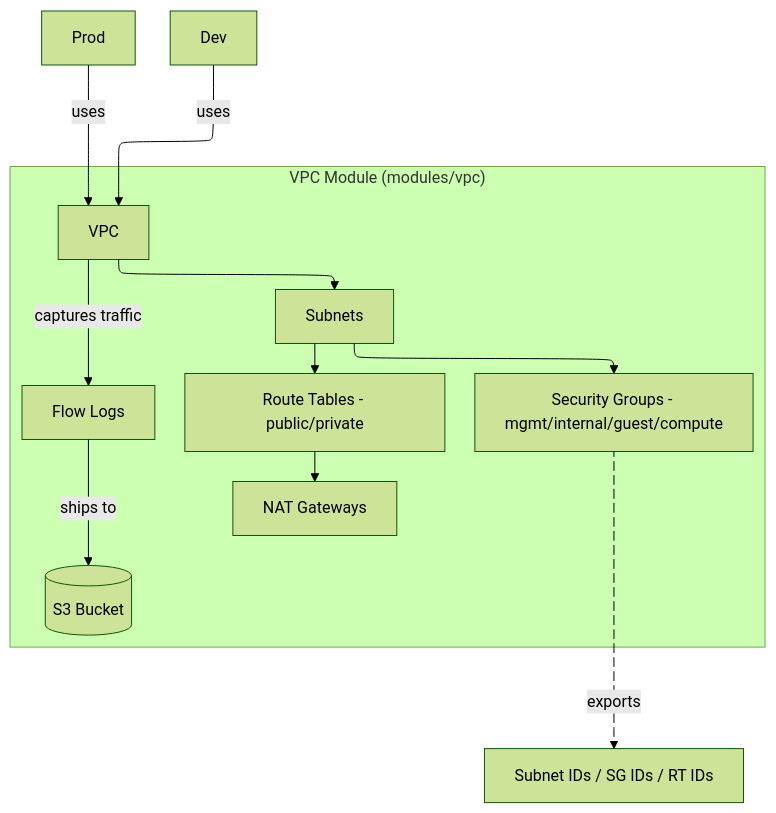
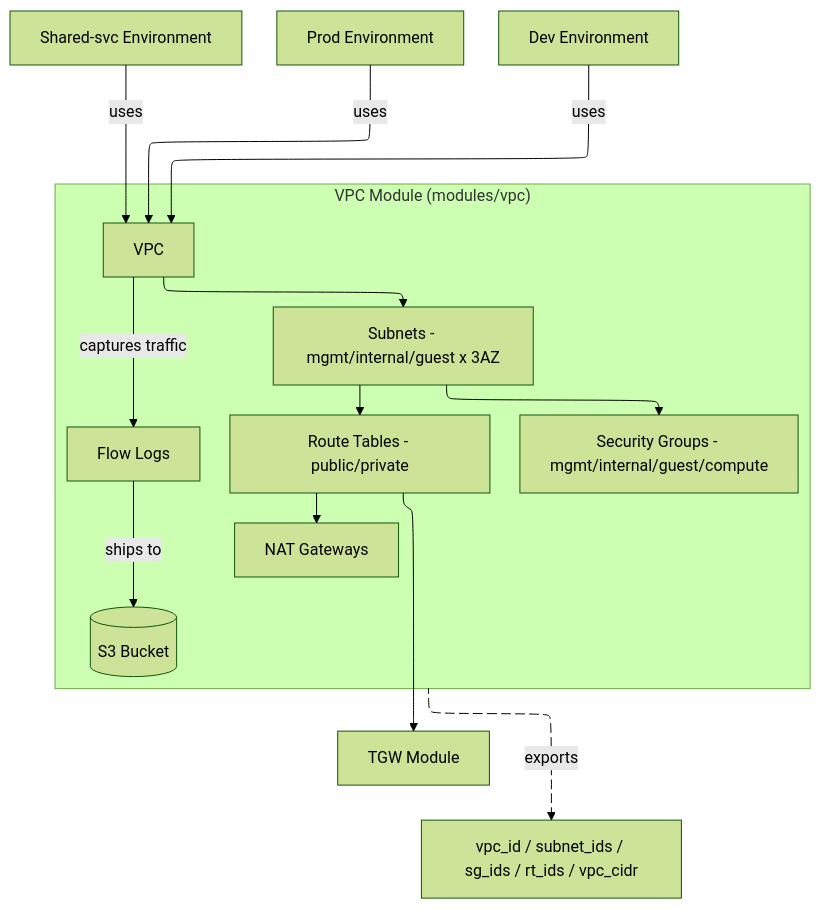
One commit to m3lcy/terraform-aws-vpc changed the second of 4 diagrams in README.md. Above: the diagram before and after it, drawn with Mermaid (forest theme). The commit also changed other lines of this file, not shown here.

````diff
--- a/README.md
+++ b/README.md
@@ -84,30 +129,34 @@
 ```mermaid
 ---
 config:
   layout: elk
 ---
 flowchart TB
  subgraph VPC_Module["VPC Module (modules/vpc)"]
     direction TB
         M1["VPC"]
-        M2["Subnets"]
+        M2["Subnets - mgmt/internal/guest x 3AZ"]
         M3["Route Tables - public/private"]
         M4["Security Groups - mgmt/internal/guest/compute"]
         M5["NAT Gateways"]
         M6["Flow Logs"]
         M7[("S3 Bucket")]
   end
     M1 --> M2
     M2 --> M3 & M4
-    M3 --> M5
+    M3 --> M5 & n4["TGW Module"]
     M1 -- captures traffic --> M6
     M6 -- ships to --> M7
-    n1["Prod"] -- uses --> M1
-    n2["Dev"] -- uses --> M1
-    M4 L_M4_O_0@-- exports --> O["Subnet IDs / SG IDs / RT IDs"]
+    n1["Shared-svc Environment"] -- uses --> M1
+    n2["Prod Environment"] -- uses --> M1
+    n3["Dev Environment"] -- uses --> M1
+    VPC_Module L_VPC_Module_n5_0@-. exports .-> n5["vpc_id / subnet_ids / sg_ids / rt_ids / vpc_cidr"]
 
+    n4@{ shape: rect}
     n1@{ shape: rect}
     n2@{ shape: rect}
+    n3@{ shape: rect}
+    n5@{ shape: rect}
 
-    L_M4_O_0@{ animation: fast }
+    L_VPC_Module_n5_0@{ animation: fast }
 ```
````
